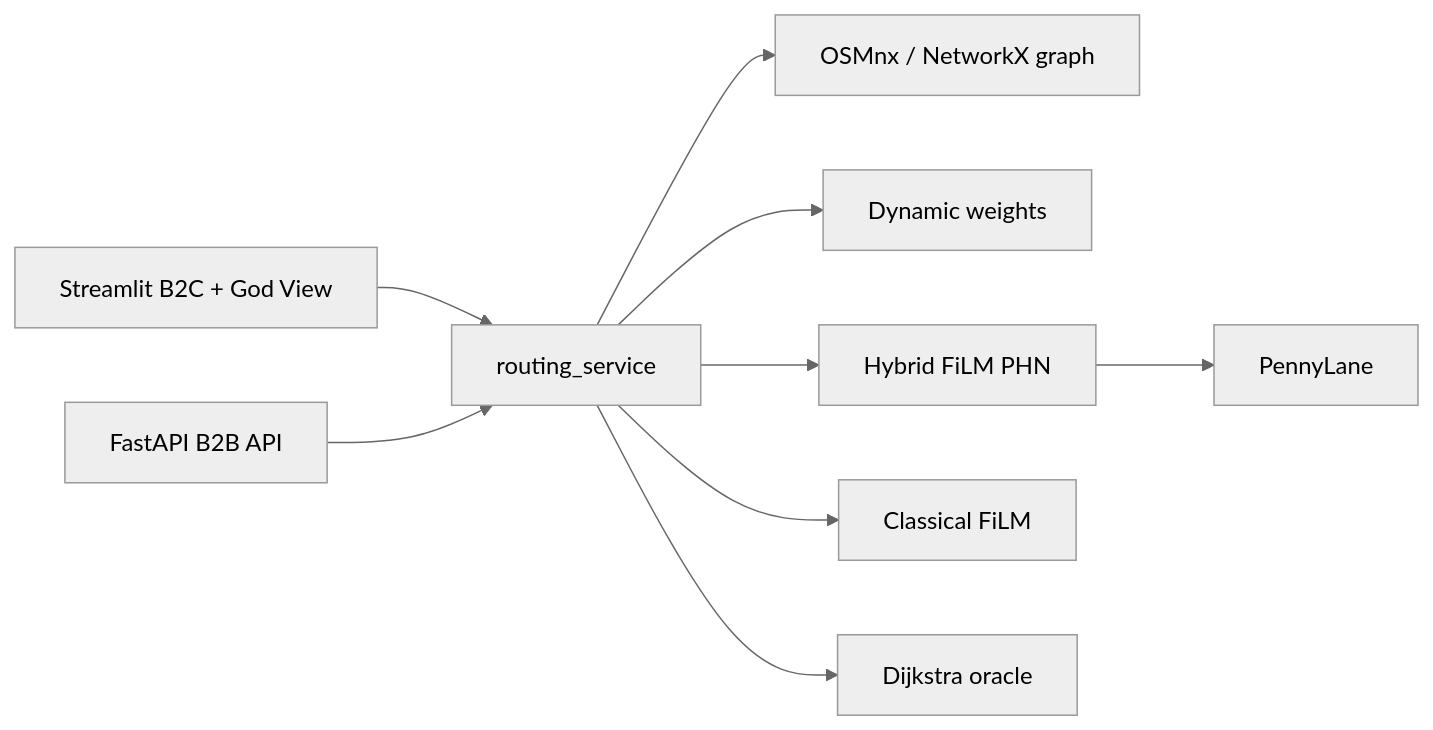
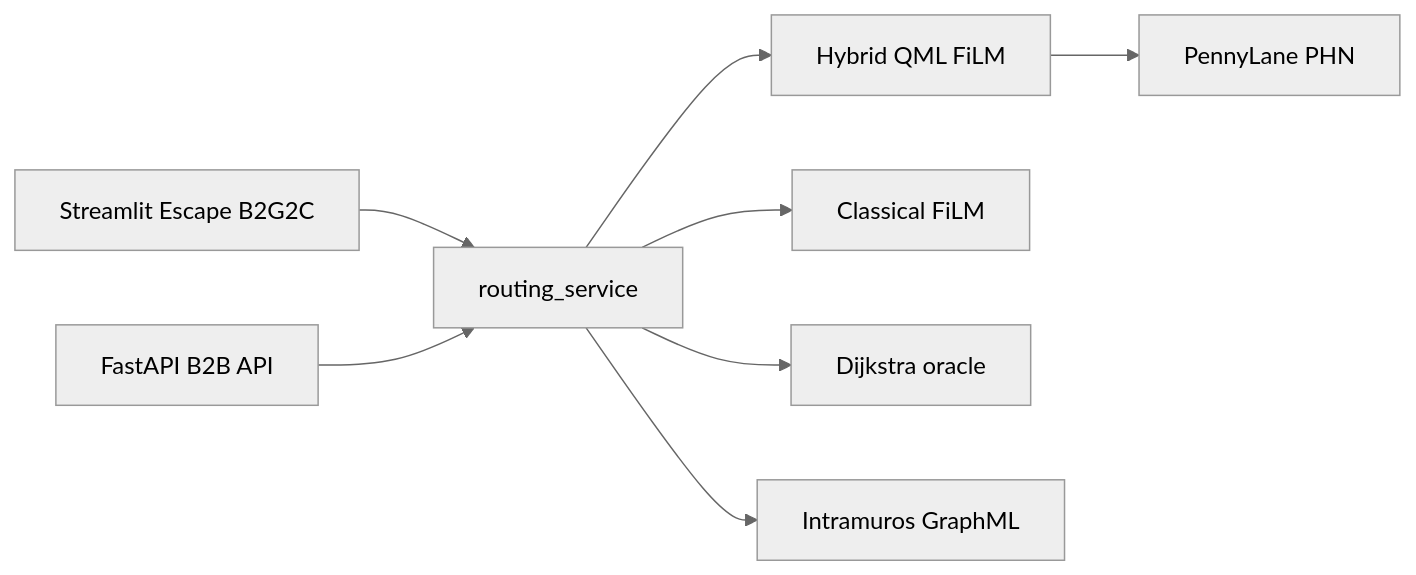
The diagram in README.md (meolen07/QuantumRelief), drawn with Mermaid (neutral theme) before and after one commit. The commit also changed other lines of this file and 2 other files, not shown here.

````diff
--- a/README.md
+++ b/README.md
@@ -97,11 +95,10 @@
 ```mermaid
 flowchart LR
-  UX[Streamlit B2C + God View] --> RS[routing_service]
+  UX[Streamlit Escape B2G2C] --> RS[routing_service]
   API[FastAPI B2B API] --> RS
-  RS --> G[OSMnx / NetworkX graph]
-  RS --> Dyn[Dynamic weights]
-  RS --> HQ[Hybrid FiLM PHN]
-  HQ --> PL[PennyLane]
-  RS --> CF[Classical FiLM]
-  RS --> DJ[Dijkstra oracle]
+  RS --> H[Hybrid QML FiLM]
+  RS --> C[Classical FiLM]
+  RS --> D[Dijkstra oracle]
+  H --> PL[PennyLane PHN]
+  RS --> G[Intramuros GraphML]
 ```
````
